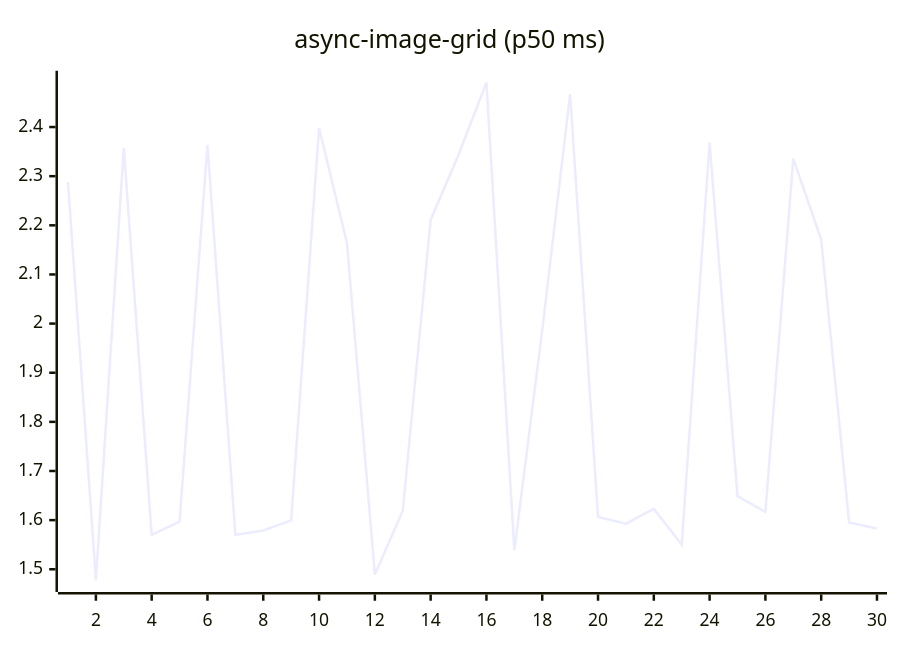
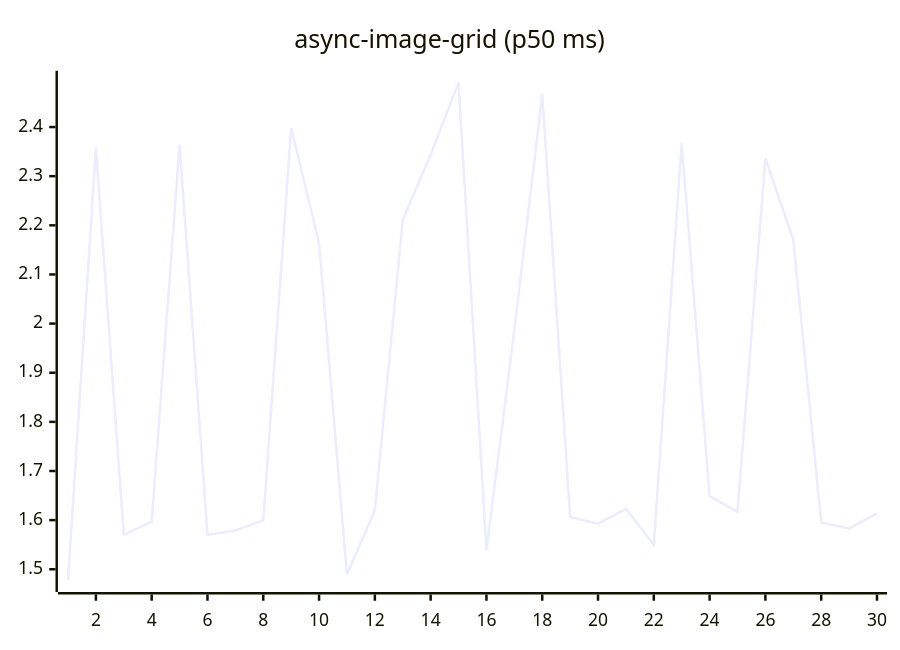
Before and after one commit to josha/Facet: the fifth of 27 diagrams in README.md, drawn with Mermaid. The commit also changed other lines of this file and 2 other files, not shown here.

````diff
--- a/README.md
+++ b/README.md
@@ -91,6 +91,6 @@
 ```mermaid
 xychart-beta
     title "async-image-grid (p50 ms)"
     x-axis 1 --> 30
-    line [2.2880, 1.4779, 2.3575, 1.5699, 1.5969, 2.3640, 1.5700, 1.5790, 1.5994, 2.3982, 2.1641, 1.4893, 1.6193, 2.2110, 2.3435, 2.4904, 1.5386, 1.9864, 2.4670, 1.6066, 1.5928, 1.6229, 1.5501, 2.3685, 1.6487, 1.6169, 2.3355, 2.1710, 1.5954, 1.5829]
+    line [1.4779, 2.3575, 1.5699, 1.5969, 2.3640, 1.5700, 1.5790, 1.5994, 2.3982, 2.1641, 1.4893, 1.6193, 2.2110, 2.3435, 2.4904, 1.5386, 1.9864, 2.4670, 1.6066, 1.5928, 1.6229, 1.5501, 2.3685, 1.6487, 1.6169, 2.3355, 2.1710, 1.5954, 1.5829, 1.6137]
 ```
````
